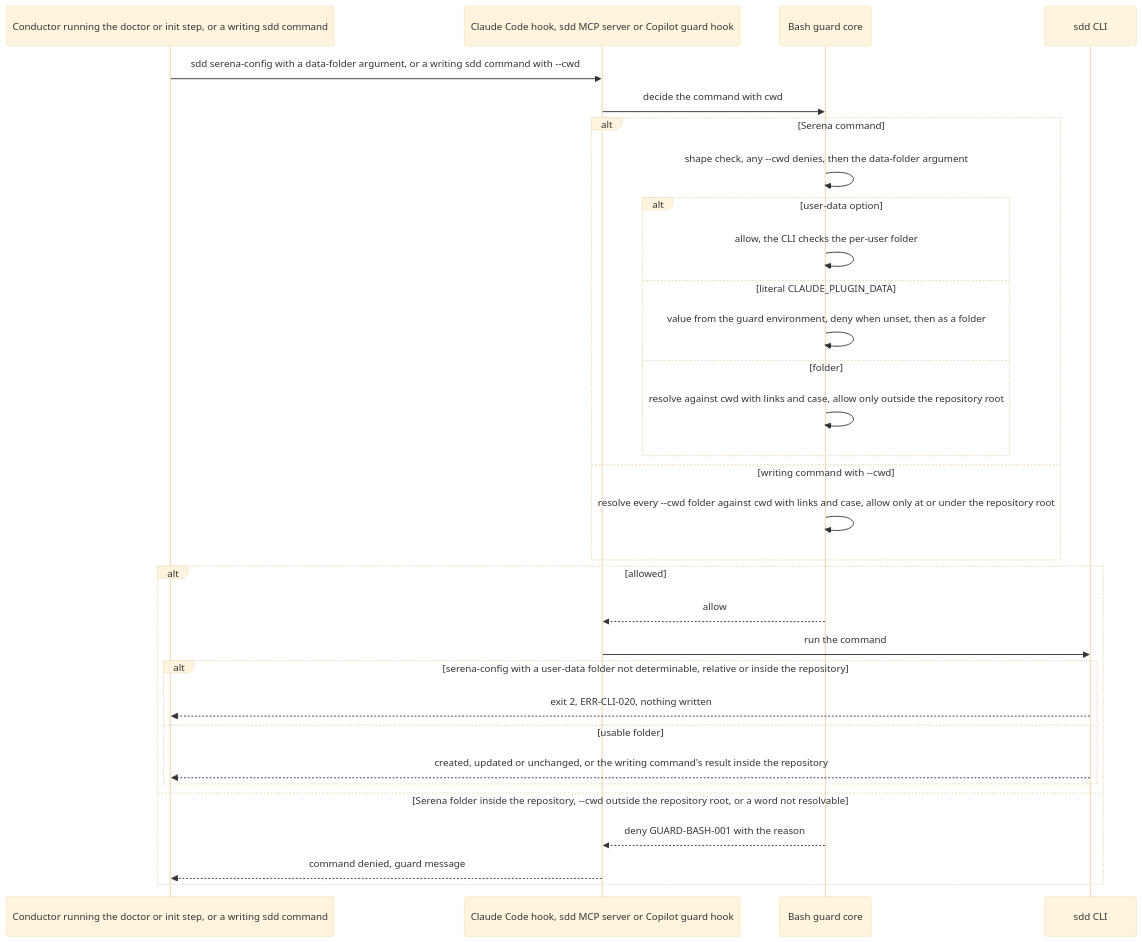
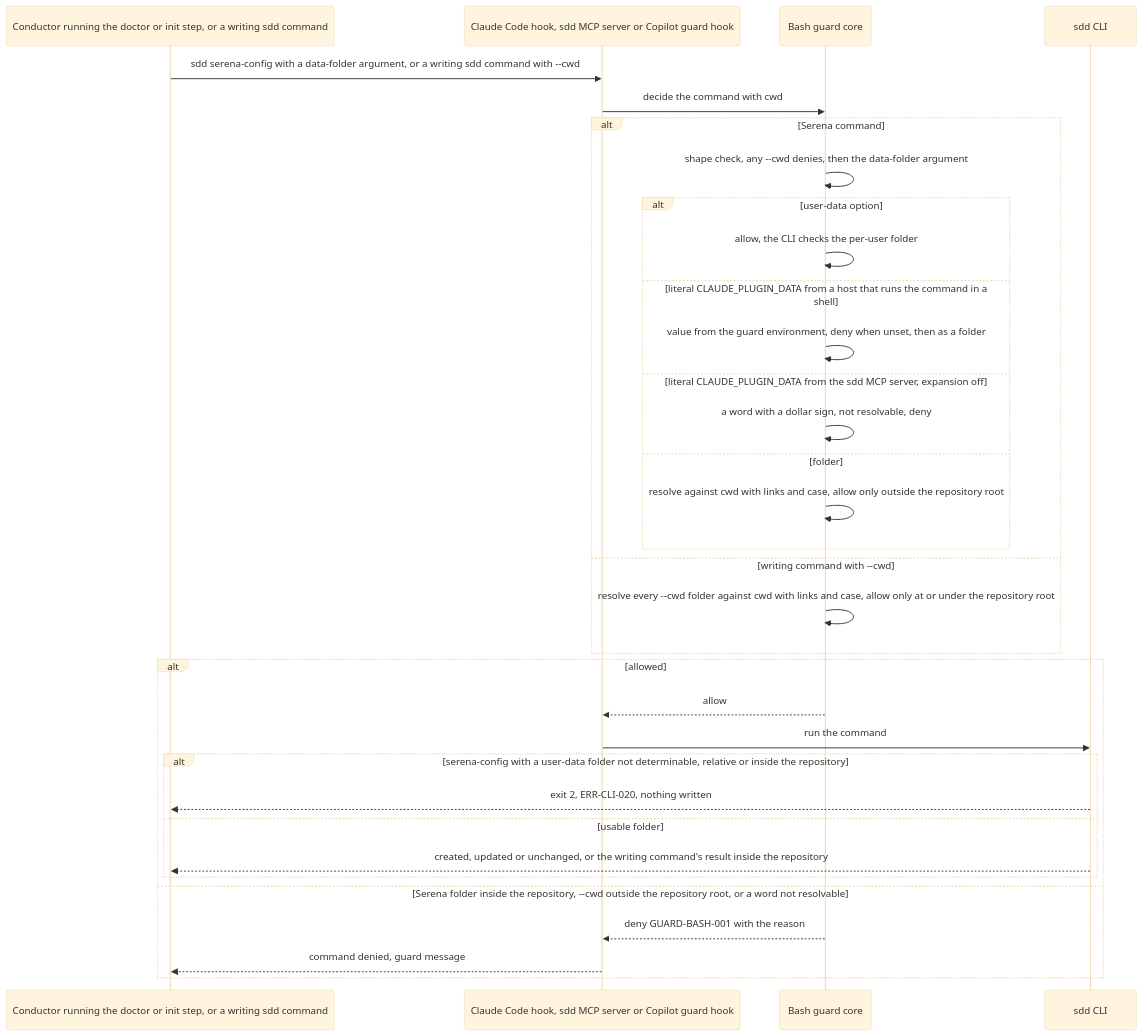
One commit to jlacube/spec-architect changed diagram 13 of 15 in .sdd/002-multi-platform-targets/10-spec/60-architecture/architecture.md. Above: the diagram before and after it, drawn with Mermaid (base theme). The commit also changed other lines of this file and 10 other files, not shown here.

````diff
--- a/.sdd/002-multi-platform-targets/10-spec/60-architecture/architecture.md
+++ b/.sdd/002-multi-platform-targets/10-spec/60-architecture/architecture.md
@@ -822,34 +860,36 @@
 ```mermaid
 sequenceDiagram
   %% F12 Serena command and --cwd confinement on every host. Realizes C002-TS-525 C002-TS-527 C002-TS-528 C002-TS-536 C002-TS-537
   participant C002_COMP_014 as Conductor running the doctor or init step, or a writing sdd command
   participant HOST as Claude Code hook, sdd MCP server or Copilot guard hook
   participant C002_COMP_012 as Bash guard core
   participant C002_COMP_018 as sdd CLI
   C002_COMP_014->>HOST: sdd serena-config with a data-folder argument, or a writing sdd command with --cwd
   HOST->>C002_COMP_012: decide the command with cwd
   alt Serena command
     C002_COMP_012->>C002_COMP_012: shape check, any --cwd denies, then the data-folder argument
     alt user-data option
       C002_COMP_012->>C002_COMP_012: allow, the CLI checks the per-user folder
-    else literal CLAUDE_PLUGIN_DATA
+    else literal CLAUDE_PLUGIN_DATA from a host that runs the command in a shell
       C002_COMP_012->>C002_COMP_012: value from the guard environment, deny when unset, then as a folder
+    else literal CLAUDE_PLUGIN_DATA from the sdd MCP server, expansion off
+      C002_COMP_012->>C002_COMP_012: a word with a dollar sign, not resolvable, deny
     else folder
       C002_COMP_012->>C002_COMP_012: resolve against cwd with links and case, allow only outside the repository root
     end
   else writing command with --cwd
     C002_COMP_012->>C002_COMP_012: resolve every --cwd folder against cwd with links and case, allow only at or under the repository root
   end
   alt allowed
     C002_COMP_012-->>HOST: allow
     HOST->>C002_COMP_018: run the command
     alt serena-config with a user-data folder not determinable, relative or inside the repository
       C002_COMP_018-->>C002_COMP_014: exit 2, ERR-CLI-020, nothing written
     else usable folder
       C002_COMP_018-->>C002_COMP_014: created, updated or unchanged, or the writing command's result inside the repository
     end
   else Serena folder inside the repository, --cwd outside the repository root, or a word not resolvable
     C002_COMP_012-->>HOST: deny GUARD-BASH-001 with the reason
     HOST-->>C002_COMP_014: command denied, guard message
   end
 ```
````
